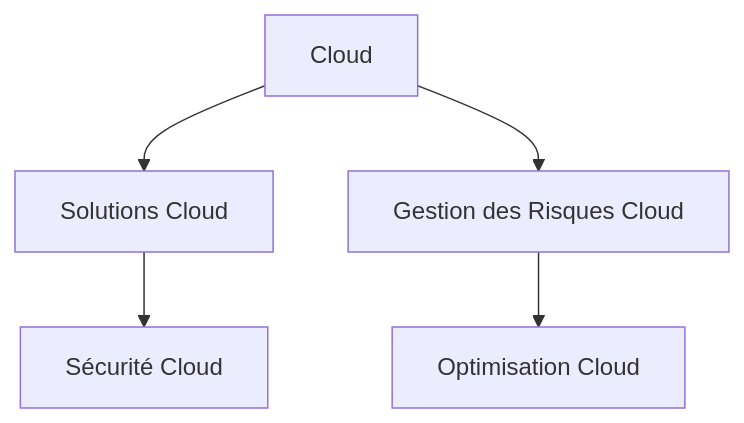
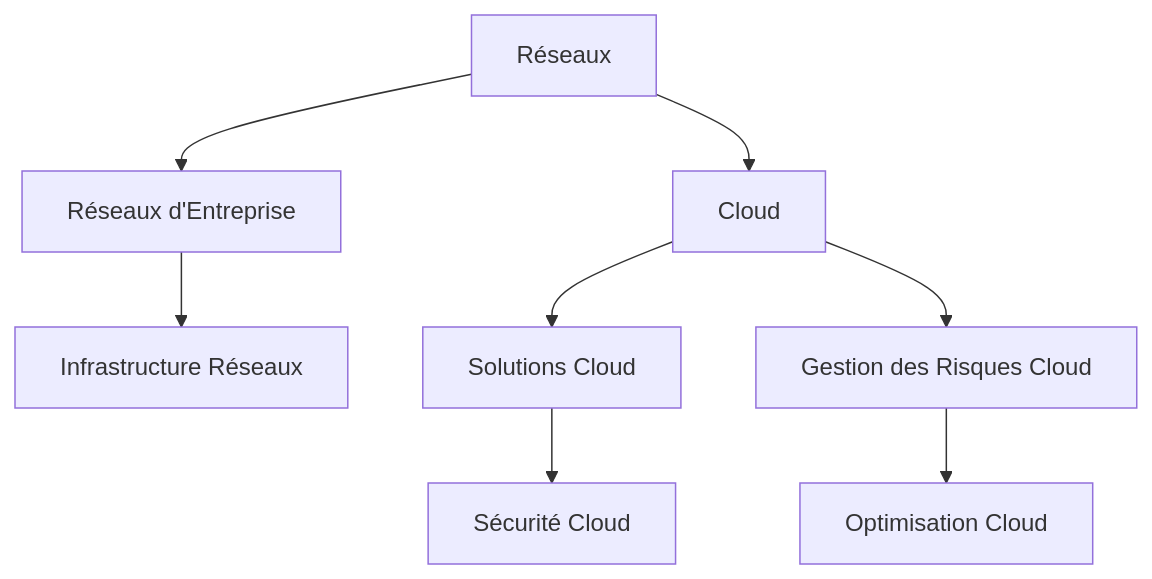
The fourth of 6 diagrams in TestSchema.md (sanogotech/preparationCertificationCCNA), drawn with Mermaid before and after one commit. The commit also changed other lines of this file, not shown here.

````diff
--- a/TestSchema.md
+++ b/TestSchema.md
@@ -88,11 +72,18 @@
 ```mermaid
 graph TD
-    E[Cloud] --> E1[Solutions Cloud]
+    D[Réseaux] --> D1[Réseaux d'Entreprise]
+    D --> E[Cloud]
+
+    %% Réseaux d'Entreprise
+    D1 --> D1a[Infrastructure Réseaux]
+
+    %% Cloud
+    E --> E1[Solutions Cloud]
     E --> E2[Gestion des Risques Cloud]
 
     %% Solutions Cloud
     E1 --> E1a[Sécurité Cloud]
 
     %% Gestion des Risques Cloud
     E2 --> E2a[Optimisation Cloud]
 ```
````
